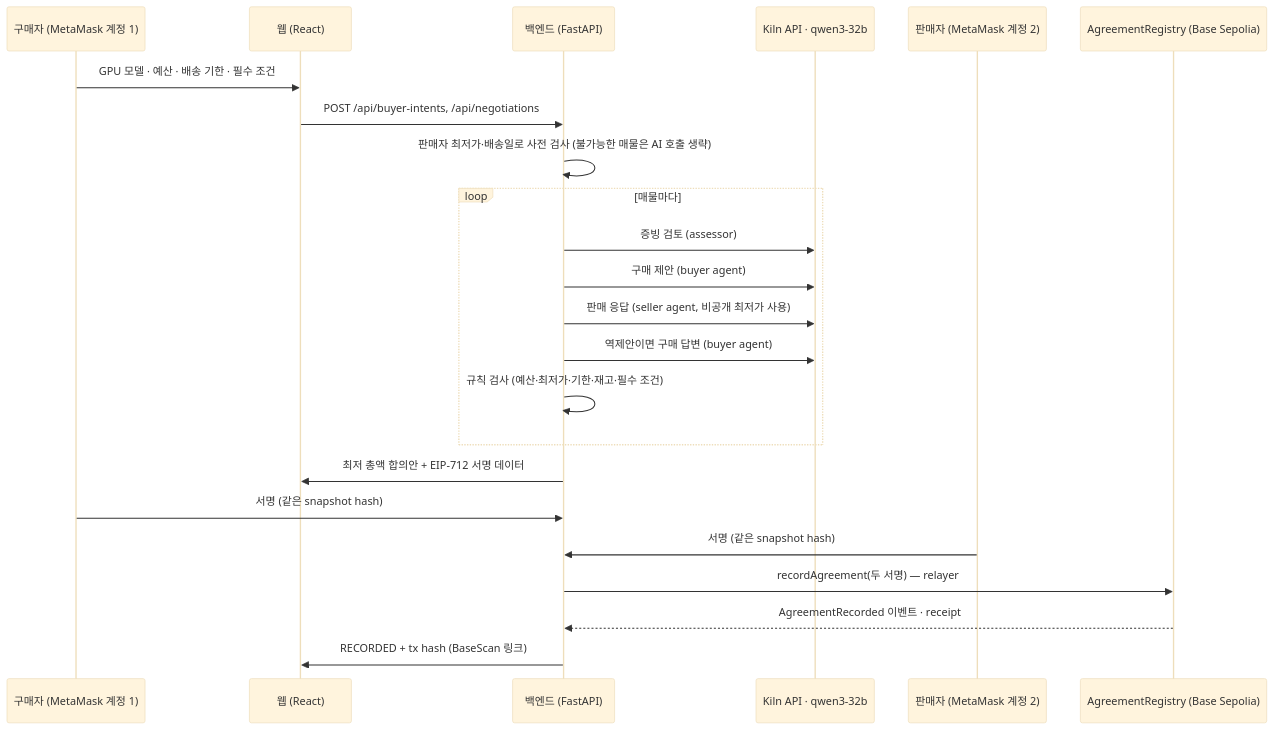
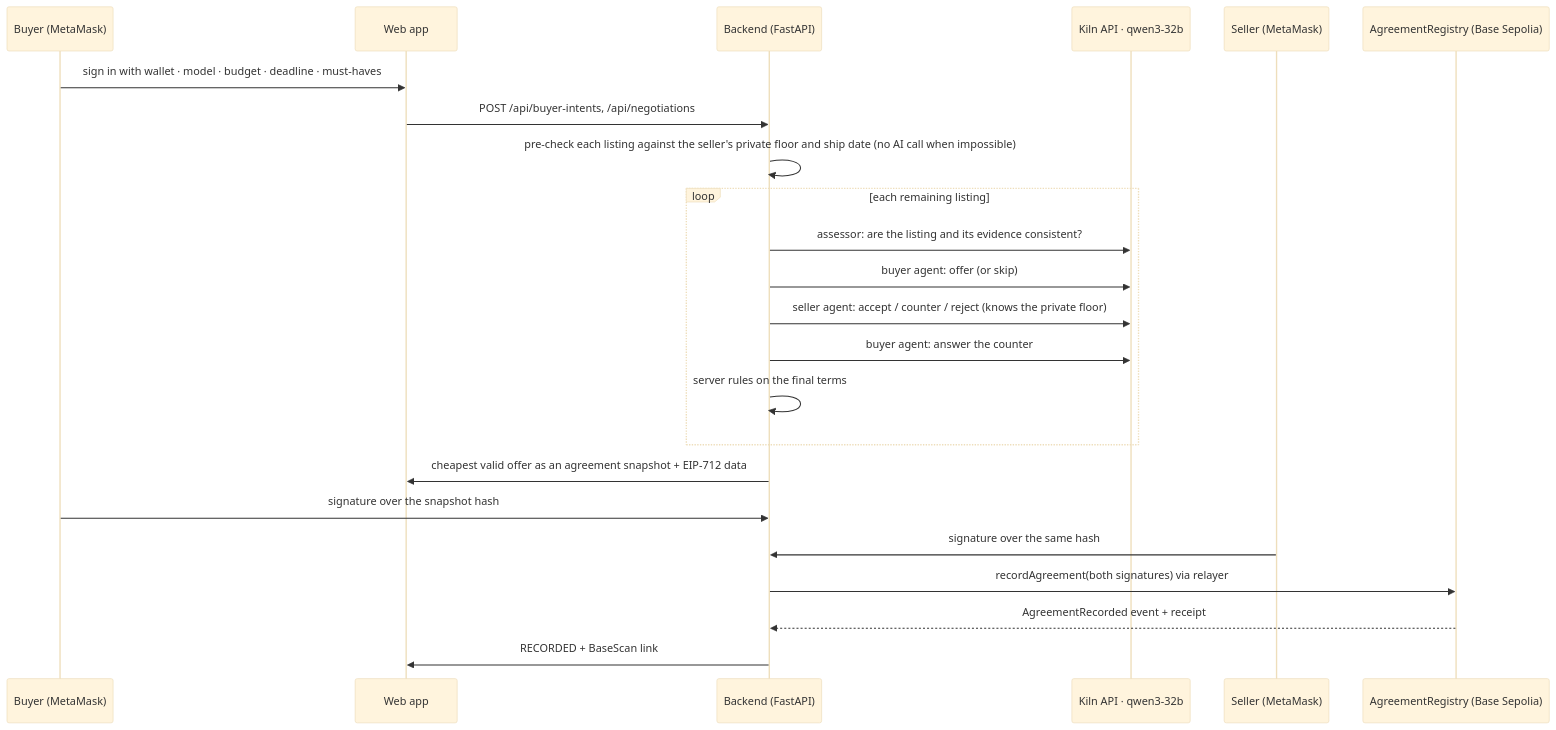
One commit to siwooju-dev/agent-accord changed the diagram in README.md. Above: the diagram before and after it, drawn with Mermaid (base theme). The commit also changed other lines of this file and 5 other files, not shown here.

First line of the commit message:
docs: submission README with Track A runs and per-flow proof; proof export refresh

````diff
--- a/README.md
+++ b/README.md
@@ -13,25 +58,25 @@
 ```mermaid
 sequenceDiagram
-    participant B as 구매자 (MetaMask 계정 1)
-    participant UI as 웹 (React)
-    participant API as 백엔드 (FastAPI)
+    participant B as Buyer (MetaMask)
+    participant UI as Web app
+    participant API as Backend (FastAPI)
     participant K as Kiln API · qwen3-32b
-    participant S as 판매자 (MetaMask 계정 2)
+    participant S as Seller (MetaMask)
     participant C as AgreementRegistry (Base Sepolia)
-    B->>UI: GPU 모델 · 예산 · 배송 기한 · 필수 조건
+    B->>UI: sign in with wallet · model · budget · deadline · must-haves
     UI->>API: POST /api/buyer-intents, /api/negotiations
-    API->>API: 판매자 최저가·배송일로 사전 검사 (불가능한 매물은 AI 호출 생략)
-    loop 매물마다
-        API->>K: 증빙 검토 (assessor)
-        API->>K: 구매 제안 (buyer agent)
-        API->>K: 판매 응답 (seller agent, 비공개 최저가 사용)
-        API->>K: 역제안이면 구매 답변 (buyer agent)
-        API->>API: 규칙 검사 (예산·최저가·기한·재고·필수 조건)
+    API->>API: pre-check each listing against the seller's private floor and ship date (no AI call when impossible)
+    loop each remaining listing
+        API->>K: assessor: are the listing and its evidence consistent?
+        API->>K: buyer agent: offer (or skip)
+        API->>K: seller agent: accept / counter / reject (knows the private floor)
+        API->>K: buyer agent: answer the counter
+        API->>API: server rules on the final terms
     end
-    API->>UI: 최저 총액 합의안 + EIP-712 서명 데이터
-    B->>API: 서명 (같은 snapshot hash)
-    S->>API: 서명 (같은 snapshot hash)
-    API->>C: recordAgreement(두 서명) — relayer
-    C-->>API: AgreementRecorded 이벤트 · receipt
-    API->>UI: RECORDED + tx hash (BaseScan 링크)
+    API->>UI: cheapest valid offer as an agreement snapshot + EIP-712 data
+    B->>API: signature over the snapshot hash
+    S->>API: signature over the same hash
+    API->>C: recordAgreement(both signatures) via relayer
+    C-->>API: AgreementRecorded event + receipt
+    API->>UI: RECORDED + BaseScan link
 ```
````
